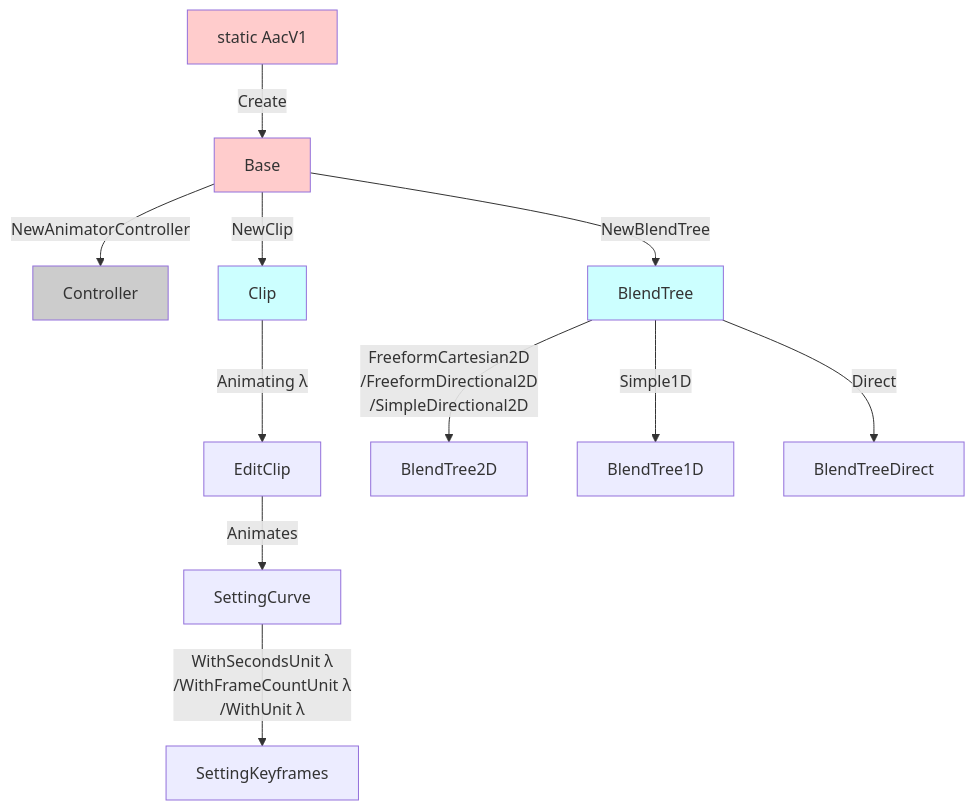
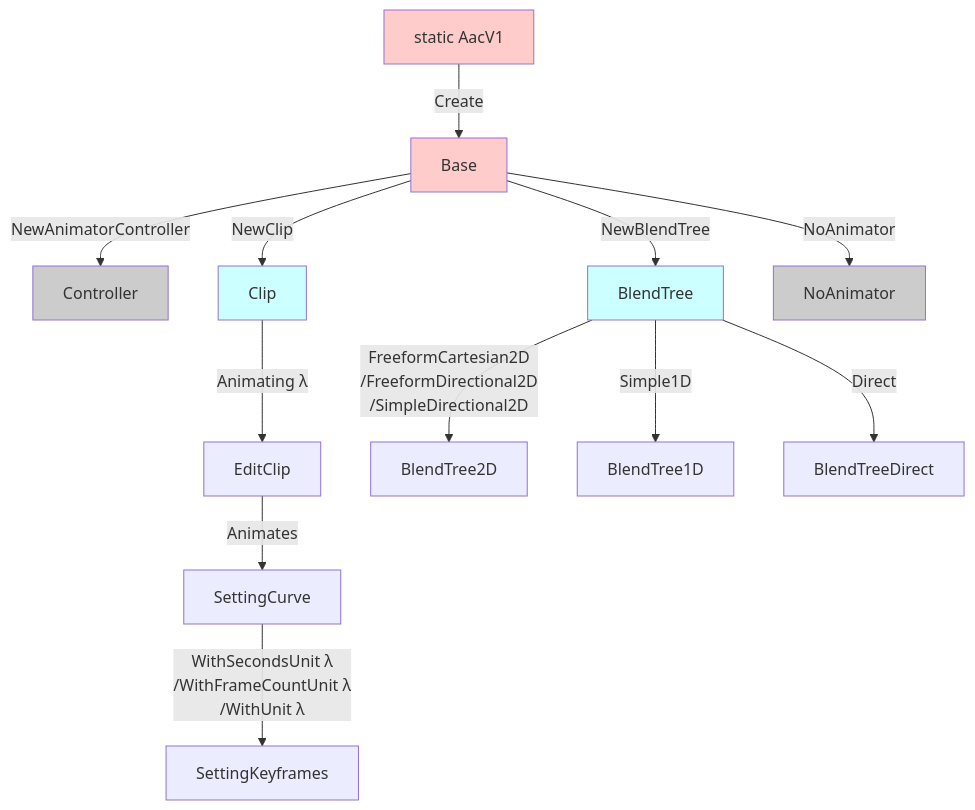
The second of 2 diagrams in docs/products/animator-as-code/functions/base.md (hai-vr/documentation), drawn with Mermaid before and after one commit. The commit also changed other lines of this file and 1 other file, not shown here.

````diff
--- a/docs/products/animator-as-code/functions/base.md
+++ b/docs/products/animator-as-code/functions/base.md
@@ -55,19 +58,21 @@
 ```mermaid
 graph TD;
     AacV1[static AacV1]:::roots-->|Create|Base:::roots;
     Base-->|NewAnimatorController|Controller:::disabled;
     
     Base-->|NewClip|Clip:::focus;
     Base-->|NewBlendTree|BlendTree:::focus;
     Clip-->|Animating λ|EditClip;
     EditClip-->|Animates|SettingCurve;
     SettingCurve-->|WithSecondsUnit λ<br>/WithFrameCountUnit λ<br>/WithUnit λ|SettingKeyframes;
     
     BlendTree-->|FreeformCartesian2D<br>/FreeformDirectional2D<br>/SimpleDirectional2D|BlendTree2D;
     BlendTree-->|Simple1D|BlendTree1D;
     BlendTree-->|Direct|BlendTreeDirect;
     
+    Base-->|NoAnimator|NoAnimator:::disabled;
+    
     classDef disabled fill:#CCC
     classDef roots fill:#FCC
     classDef focus fill:#CFF
 ```
````
